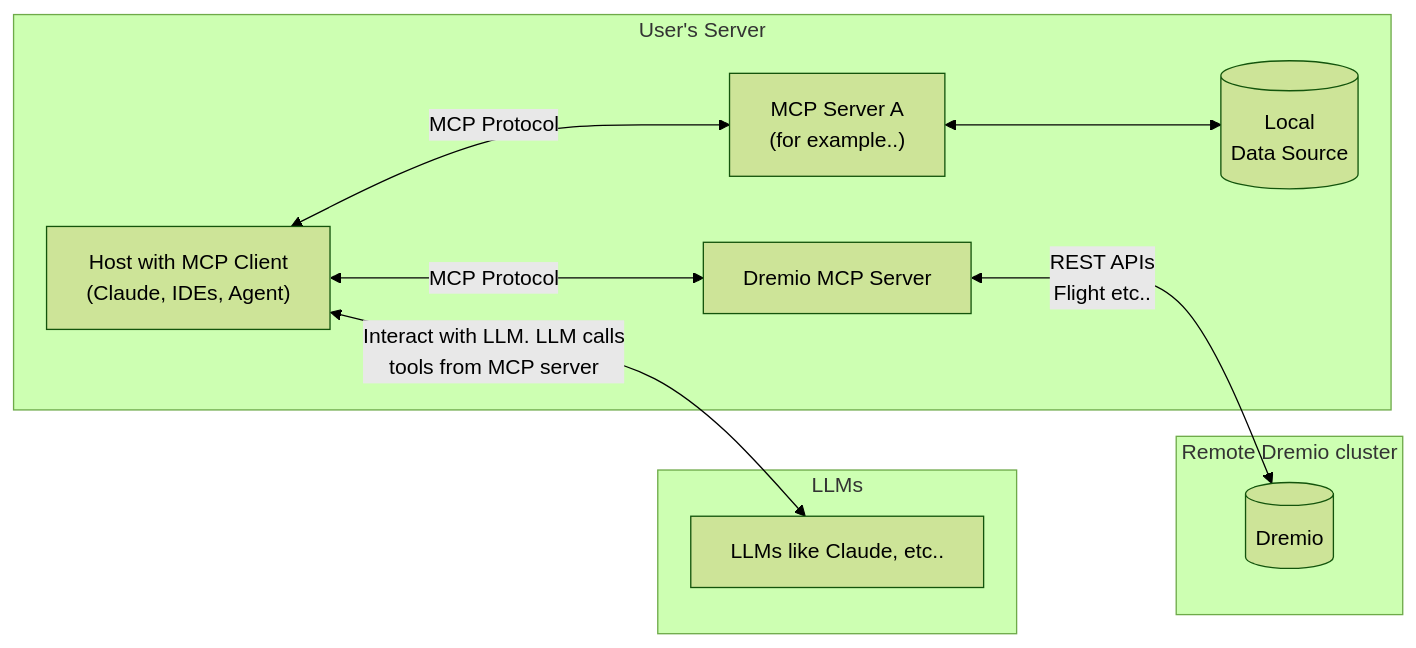
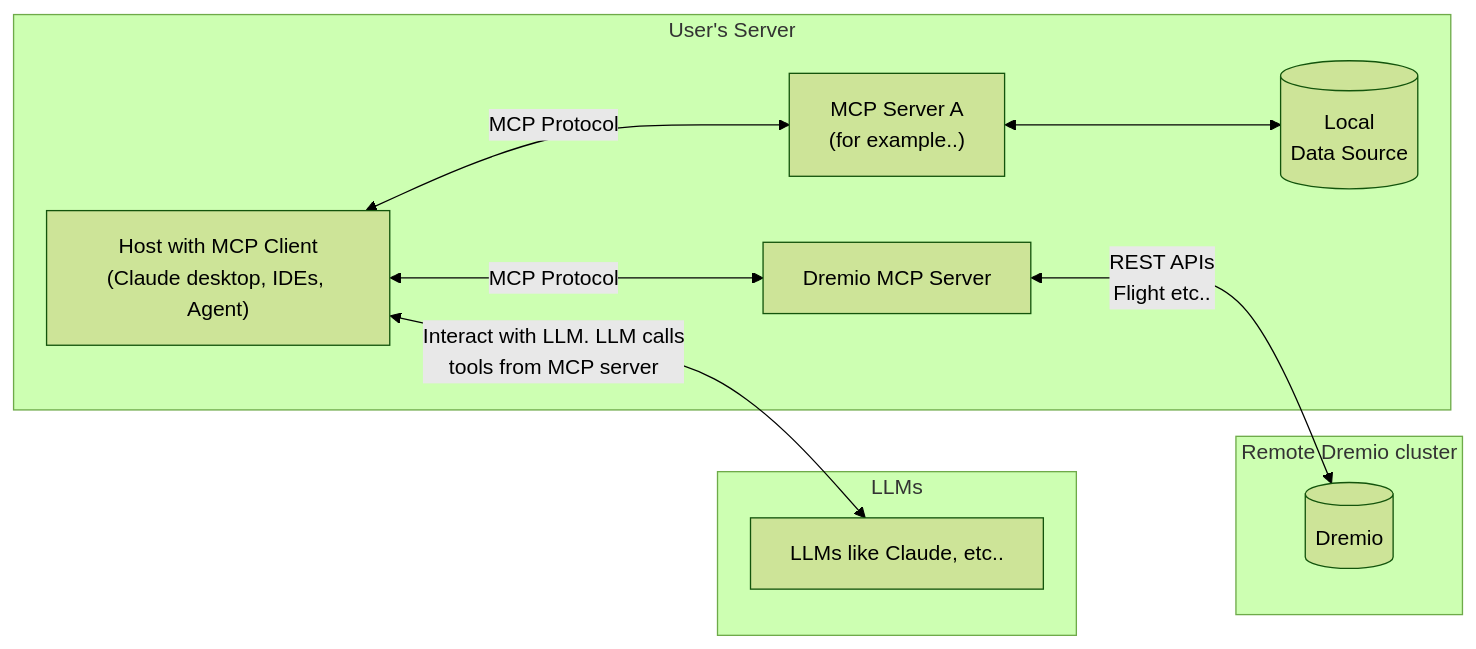
One commit to serraict/dremio-mcp changed the first of 2 diagrams in docs/architecture.md. Above: the diagram before and after it, drawn with Mermaid (forest theme).

````diff
--- a/docs/architecture.md
+++ b/docs/architecture.md
@@ -5,18 +5,18 @@
 ```mermaid
 flowchart LR
     subgraph "LLMs"
         LLM["LLMs like Claude, etc.."]
     end
     subgraph "User's Server"
-        Host["Host with MCP Client<br/>(Claude, IDEs, Agent)"]
+        Host["Host with MCP Client<br/>(Claude desktop, IDEs, Agent)"]
         S1["MCP Server A<br/>(for example..)"]
         S2["Dremio MCP Server"]
         Host <-->|"MCP Protocol"| S1
         Host <-->|"MCP Protocol"| S2
         Host <-->|"Interact with LLM. LLM calls<br/>tools from MCP server"| LLM
         S1 <--> D1[("Local<br/>Data Source")]
     end
     subgraph "Remote Dremio cluster"
         S2 <-->|"REST APIs<br/>Flight etc.."| D3[("Dremio")]
     end
 ```
````
